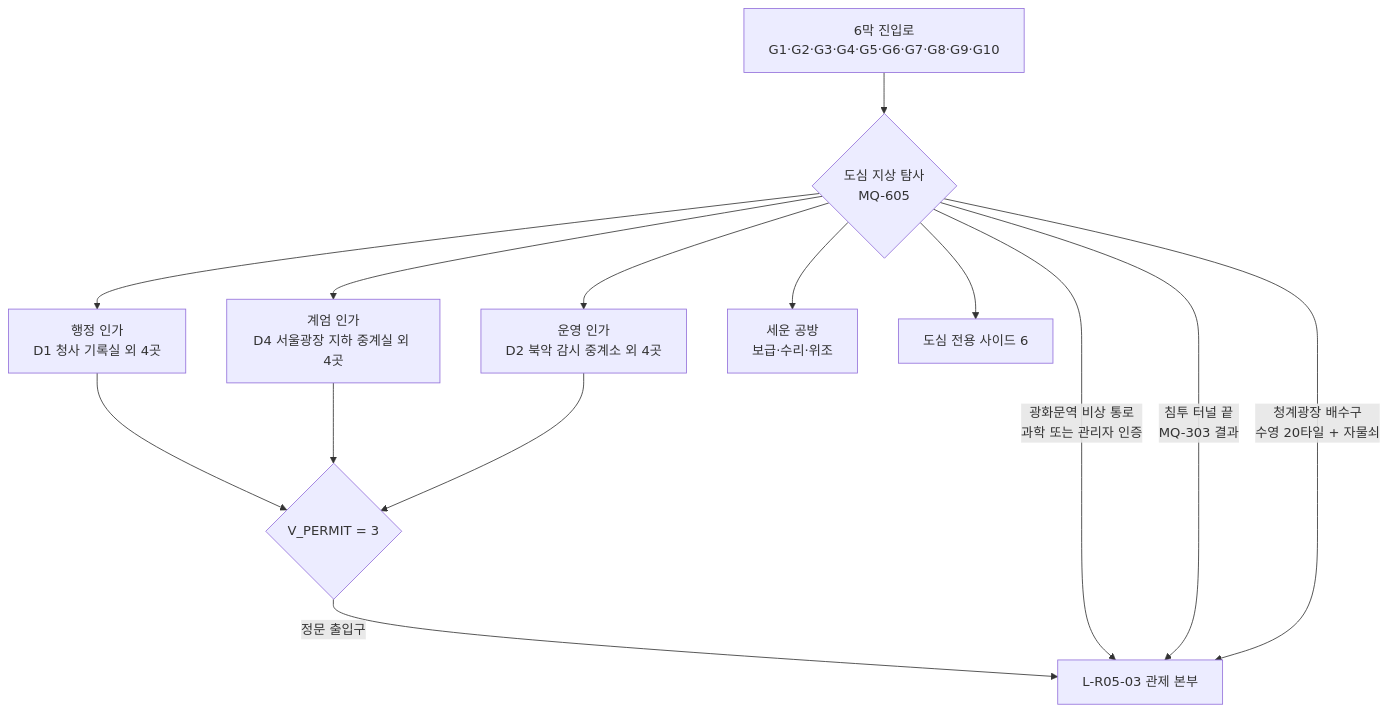
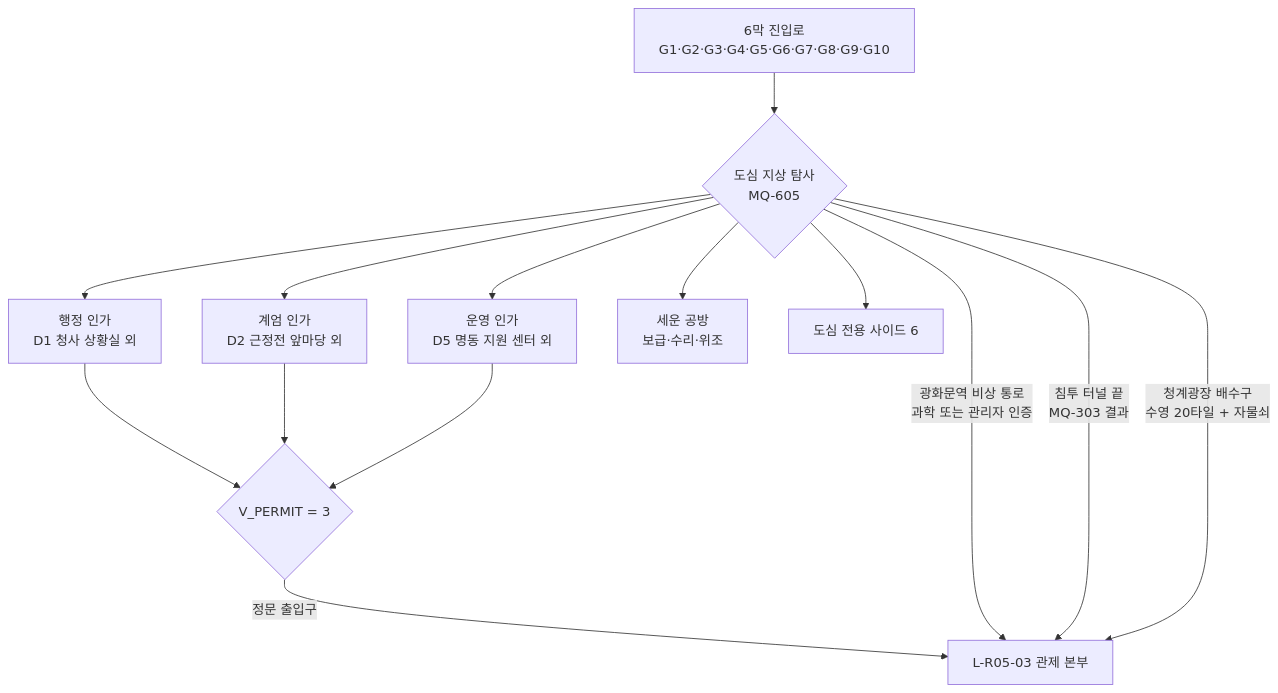
Before and after one commit to forsurvive/003: the first of 2 diagrams in docs/seoul-fallout/09c_locations-r05-r06.md, drawn with Mermaid. The commit also changed other lines of this file and 6 other files, not shown here.

````diff
--- a/docs/seoul-fallout/09c_locations-r05-r06.md
+++ b/docs/seoul-fallout/09c_locations-r05-r06.md
@@ -257,16 +257,16 @@
 ```mermaid
 flowchart TD
   IN["6막 진입로<br/>G1·G2·G3·G4·G5·G6·G7·G8·G9·G10"] --> HUB{"도심 지상 탐사<br/>MQ-605"}
-  HUB --> P1["행정 인가<br/>D1 청사 기록실 외 4곳"]
-  HUB --> P2["계엄 인가<br/>D4 서울광장 지하 중계실 외 4곳"]
-  HUB --> P3["운영 인가<br/>D2 북악 감시 중계소 외 4곳"]
+  HUB --> P1["행정 인가<br/>D1 청사 상황실 외"]
+  HUB --> P2["계엄 인가<br/>D2 근정전 앞마당 외"]
+  HUB --> P3["운영 인가<br/>D5 명동 지원 센터 외"]
   HUB --> SW["세운 공방<br/>보급·수리·위조"]
   HUB --> SQ["도심 전용 사이드 6"]
   P1 --> V{"V_PERMIT = 3"}
   P2 --> V
   P3 --> V
   V -->|"정문 출입구"| HQ["L-R05-03 관제 본부"]
   HUB -->|"광화문역 비상 통로<br/>과학 또는 관리자 인증"| HQ
   HUB -->|"침투 터널 끝<br/>MQ-303 결과"| HQ
   HUB -->|"청계광장 배수구<br/>수영 20타일 + 자물쇠"| HQ
 ```
````
